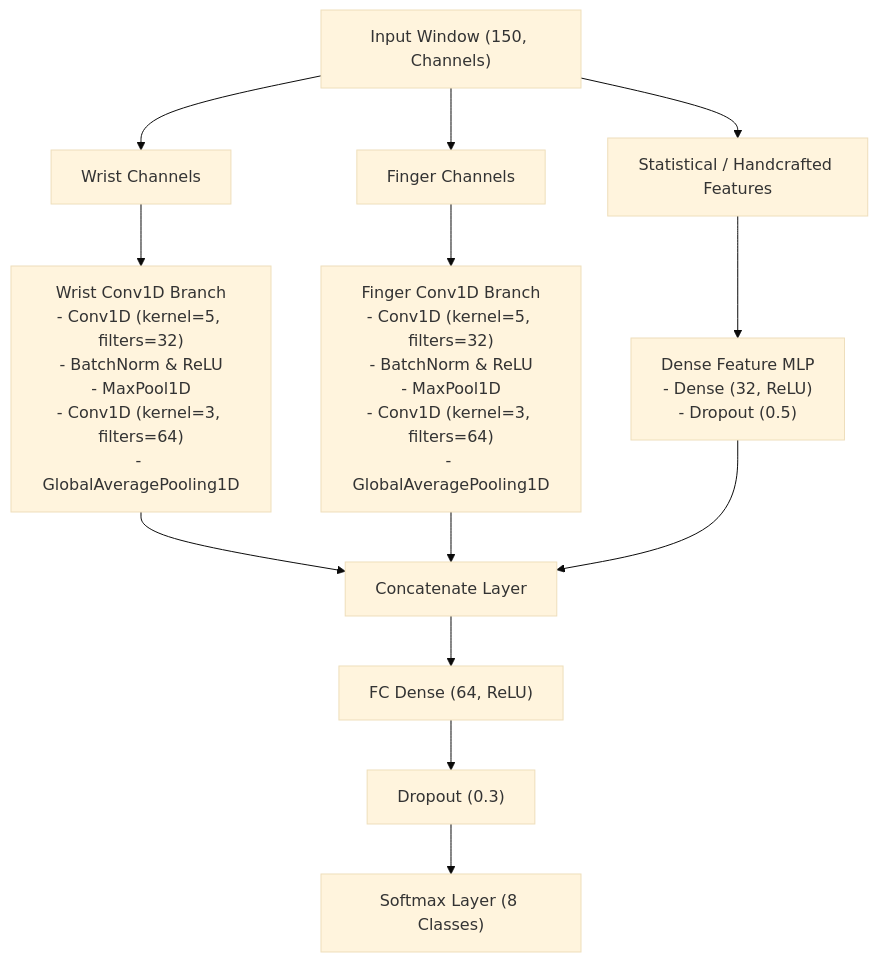
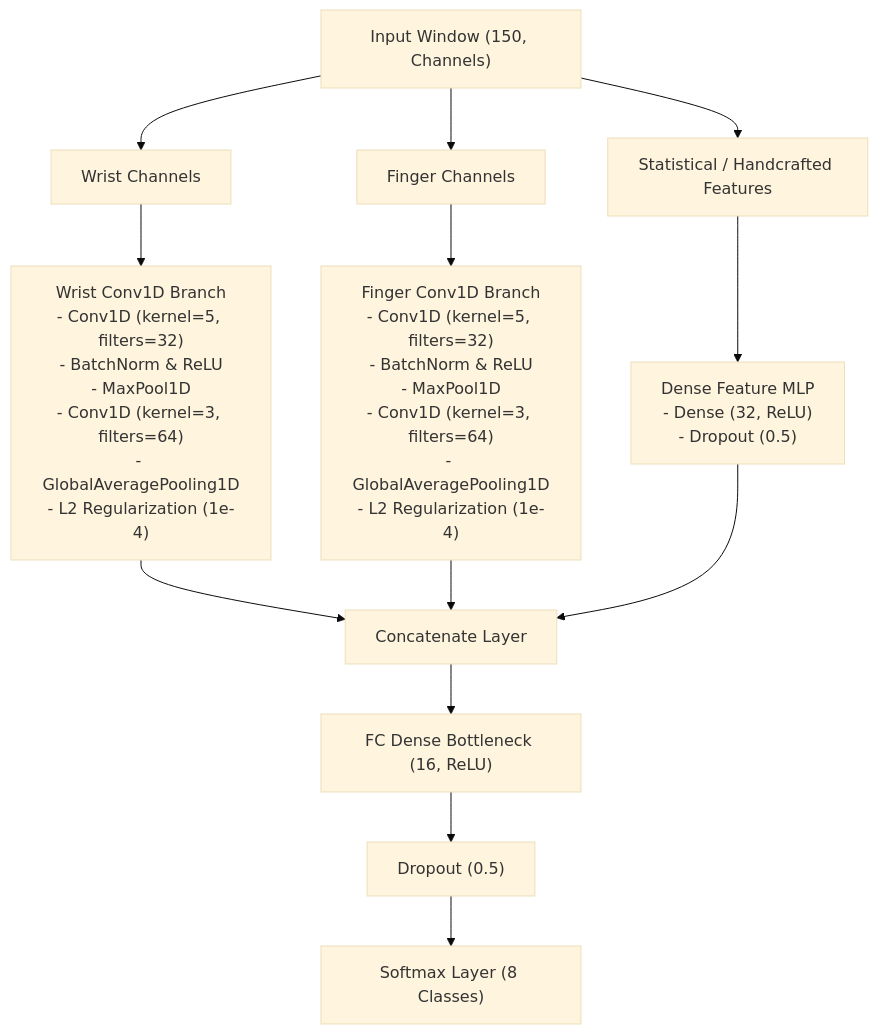
One commit to printjan/GestureGlove changed the diagram in documentation/model_architectures/late_fusion_multi_branch_1d_cnn.md. Above: the diagram before and after it, drawn with Mermaid (base theme). The commit also changed other lines of this file and 19 other files, not shown here.

````diff
--- a/documentation/model_architectures/late_fusion_multi_branch_1d_cnn.md
+++ b/documentation/model_architectures/late_fusion_multi_branch_1d_cnn.md
@@ -7,20 +11,20 @@
 ```mermaid
 graph TD
     Input["Input Window (150, Channels)"] --> W_Split["Wrist Channels"]
     Input --> F_Split["Finger Channels"]
     Input --> S_Split["Statistical / Handcrafted Features"]
 
-    W_Split --> Branch1["Wrist Conv1D Branch<br/>- Conv1D (kernel=5, filters=32)<br/>- BatchNorm & ReLU<br/>- MaxPool1D<br/>- Conv1D (kernel=3, filters=64)<br/>- GlobalAveragePooling1D"]
+    W_Split --> Branch1["Wrist Conv1D Branch<br/>- Conv1D (kernel=5, filters=32)<br/>- BatchNorm & ReLU<br/>- MaxPool1D<br/>- Conv1D (kernel=3, filters=64)<br/>- GlobalAveragePooling1D<br/>- L2 Regularization (1e-4)"]
     
-    F_Split --> Branch2["Finger Conv1D Branch<br/>- Conv1D (kernel=5, filters=32)<br/>- BatchNorm & ReLU<br/>- MaxPool1D<br/>- Conv1D (kernel=3, filters=64)<br/>- GlobalAveragePooling1D"]
+    F_Split --> Branch2["Finger Conv1D Branch<br/>- Conv1D (kernel=5, filters=32)<br/>- BatchNorm & ReLU<br/>- MaxPool1D<br/>- Conv1D (kernel=3, filters=64)<br/>- GlobalAveragePooling1D<br/>- L2 Regularization (1e-4)"]
 
     S_Split --> Branch3["Dense Feature MLP<br/>- Dense (32, ReLU)<br/>- Dropout (0.5)"]
 
     Branch1 --> Concatenate["Concatenate Layer"]
     Branch2 --> Concatenate
     Branch3 --> Concatenate
 
-    Concatenate --> Classifier["FC Dense (64, ReLU)"]
-    Classifier --> Dropout["Dropout (0.3)"]
+    Concatenate --> Classifier["FC Dense Bottleneck (16, ReLU)"]
+    Classifier --> Dropout["Dropout (0.5)"]
     Dropout --> Softmax["Softmax Layer (8 Classes)"]
 ```
````
